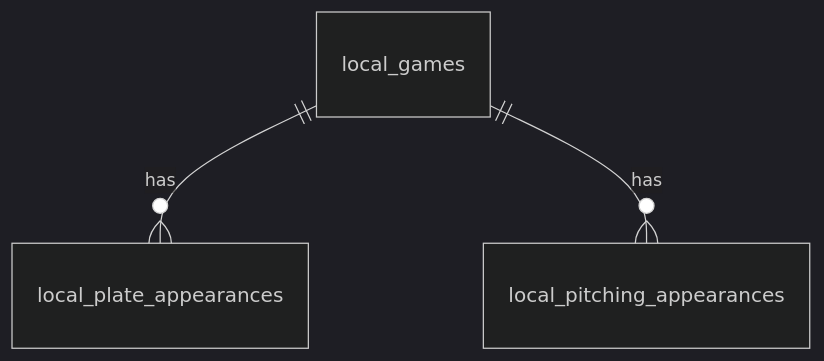
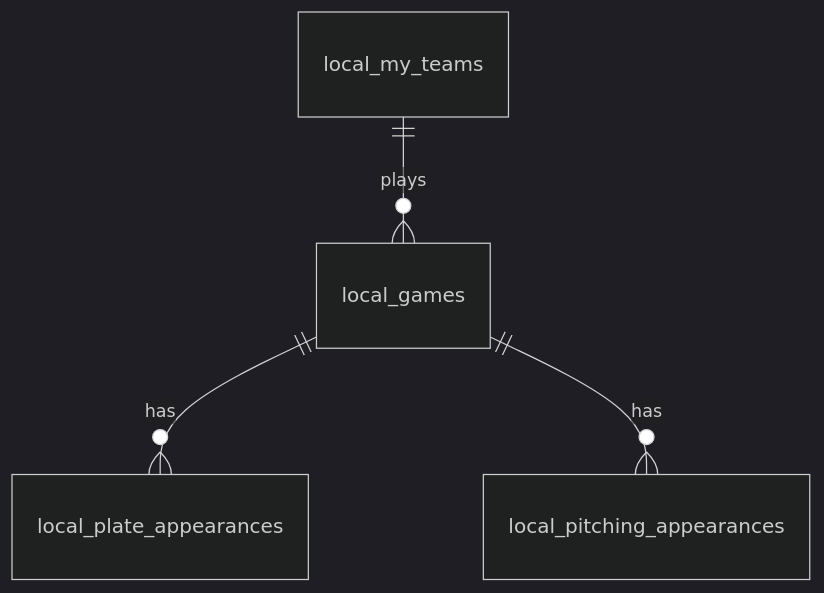
The diagram in docs/01_テーブル設計書.md (y-as-u-16/base_match), drawn with Mermaid (dark theme) before and after one commit. The commit also changed other lines of this file and 1 other file, not shown here.

````diff
--- a/docs/01_テーブル設計書.md
+++ b/docs/01_テーブル設計書.md
@@ -81,5 +99,6 @@
 ```mermaid
 erDiagram
+  local_my_teams ||--o{ local_games : plays
   local_games ||--o{ local_plate_appearances : has
   local_games ||--o{ local_pitching_appearances : has
 ```
````
